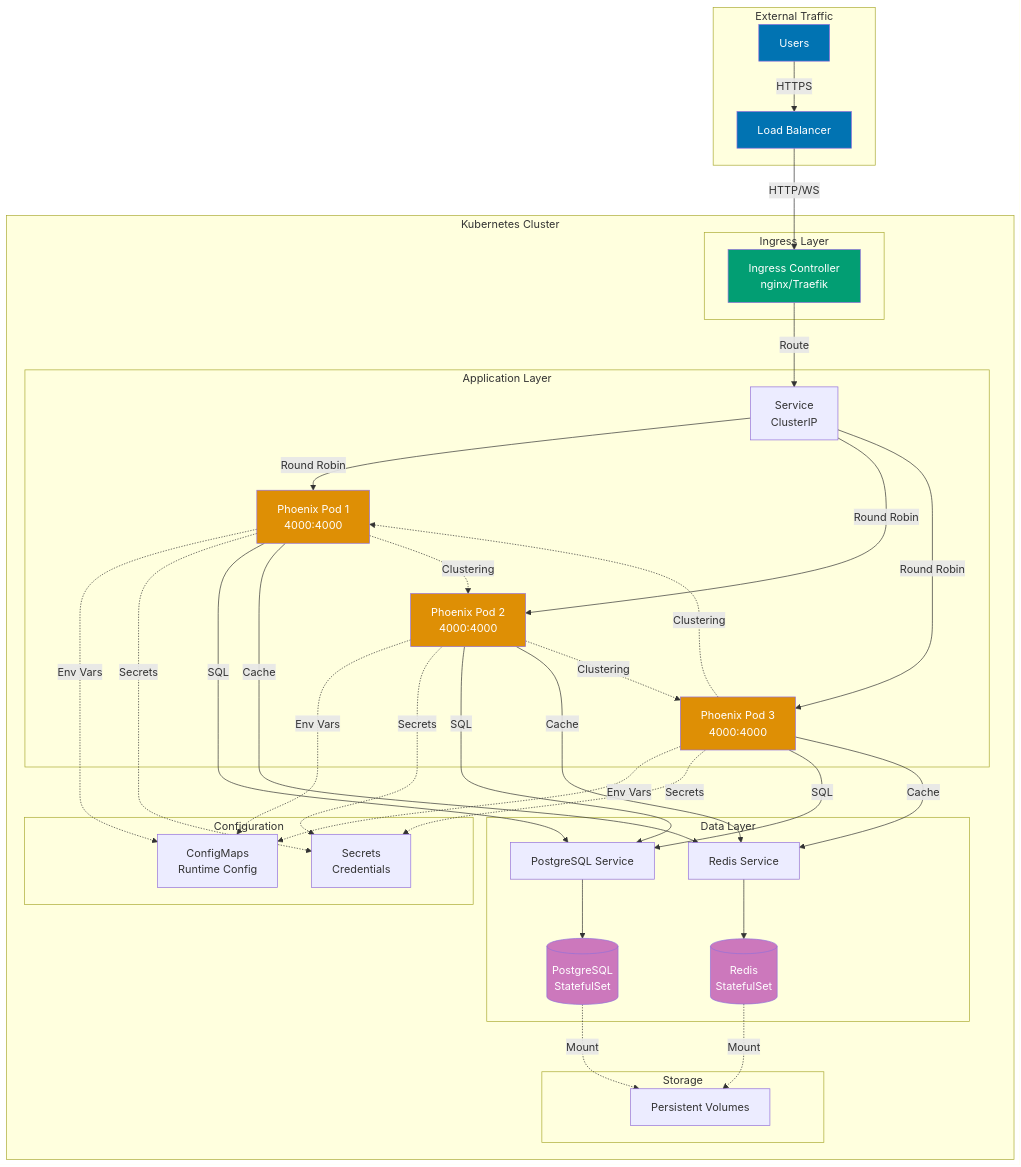
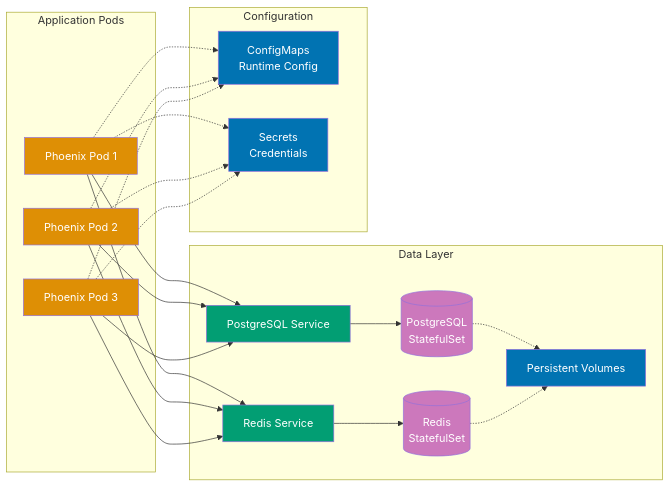
The second of 2 diagrams in docs/explanation/software-engineering/platform-web/tools/elixir-phoenix/deployment.md (wahidyankf/open-sharia-enterprise), drawn with Mermaid before and after one commit. The commit also changed other lines of this file and 16 other files, not shown here.

First line of the commit message:
fix(docs): fix mermaid violations in elixir docs

````diff
--- a/docs/explanation/software-engineering/platform-web/tools/elixir-phoenix/deployment.md
+++ b/docs/explanation/software-engineering/platform-web/tools/elixir-phoenix/deployment.md
@@ -349,79 +392,55 @@
 ```mermaid
 %% Color Palette: Blue #0173B2, Orange #DE8F05, Teal #029E73, Purple #CC78BC
 %% All colors are color-blind friendly and meet WCAG AA contrast standards
 
-graph TD
-    subgraph "External Traffic"
-        U[Users]
-        LB[Load Balancer]
+graph LR
+    subgraph "Application Pods"
+        POD1[Phoenix Pod 1]
+        POD2[Phoenix Pod 2]
+        POD3[Phoenix Pod 3]
     end
 
-    subgraph "Kubernetes Cluster"
-        subgraph "Ingress Layer"
-            ING[Ingress Controller<br/>nginx/Traefik]
-        end
-
-        subgraph "Application Layer"
-            SVC[Service<br/>ClusterIP]
-            POD1[Phoenix Pod 1<br/>4000:4000]
-            POD2[Phoenix Pod 2<br/>4000:4000]
-            POD3[Phoenix Pod 3<br/>4000:4000]
-        end
-
-        subgraph "Data Layer"
-            PGSVC[PostgreSQL Service]
-            PG[(PostgreSQL<br/>StatefulSet)]
-            REDISSVC[Redis Service]
-            RD[(Redis<br/>StatefulSet)]
-        end
-
-        subgraph "Configuration"
-            CM[ConfigMaps<br/>Runtime Config]
-            SEC[Secrets<br/>Credentials]
-        end
-
-        subgraph "Storage"
-            PV[Persistent Volumes]
-        end
+    subgraph "Data Layer"
+        PGSVC[PostgreSQL Service]
+        PG[(PostgreSQL<br/>StatefulSet)]
+        REDISSVC[Redis Service]
+        RD[(Redis<br/>StatefulSet)]
+        PV[Persistent Volumes]
     end
 
-    U -->|HTTPS| LB
-    LB -->|HTTP/WS| ING
-    ING -->|Route| SVC
-    SVC -->|Round Robin| POD1
-    SVC -->|Round Robin| POD2
-    SVC -->|Round Robin| POD3
+    subgraph "Configuration"
+        CM[ConfigMaps<br/>Runtime Config]
+        SEC[Secrets<br/>Credentials]
+    end
 
-    POD1 -.->|Env Vars| CM
-    POD1 -.->|Secrets| SEC
-    POD2 -.->|Env Vars| CM
-    POD2 -.->|Secrets| SEC
-    POD3 -.->|Env Vars| CM
-    POD3 -.->|Secrets| SEC
+    POD1 -.-> CM
+    POD1 -.-> SEC
+    POD2 -.-> CM
+    POD2 -.-> SEC
+    POD3 -.-> CM
+    POD3 -.-> SEC
 
-    POD1 -->|SQL| PGSVC
-    POD2 -->|SQL| PGSVC
-    POD3 -->|SQL| PGSVC
+    POD1 --> PGSVC
+    POD2 --> PGSVC
+    POD3 --> PGSVC
     PGSVC --> PG
 
-    POD1 -->|Cache| REDISSVC
-    POD2 -->|Cache| REDISSVC
-    POD3 -->|Cache| REDISSVC
+    POD1 --> REDISSVC
+    POD2 --> REDISSVC
+    POD3 --> REDISSVC
     REDISSVC --> RD
 
-    PG -.->|Mount| PV
-    RD -.->|Mount| PV
+    PG -.-> PV
+    RD -.-> PV
 
-    POD1 -.Clustering.-> POD2
-    POD2 -.Clustering.-> POD3
-    POD3 -.Clustering.-> POD1
-
-    style U fill:#0173B2,color:#fff
-    style LB fill:#0173B2,color:#fff
-    style ING fill:#029E73,color:#fff
     style POD1 fill:#DE8F05,color:#fff
     style POD2 fill:#DE8F05,color:#fff
     style POD3 fill:#DE8F05,color:#fff
+    style PGSVC fill:#029E73,color:#fff
     style PG fill:#CC78BC,color:#fff
+    style REDISSVC fill:#029E73,color:#fff
     style RD fill:#CC78BC,color:#fff
+    style CM fill:#0173B2,color:#fff
+    style SEC fill:#0173B2,color:#fff
+    style PV fill:#0173B2,color:#fff
 ```
````
